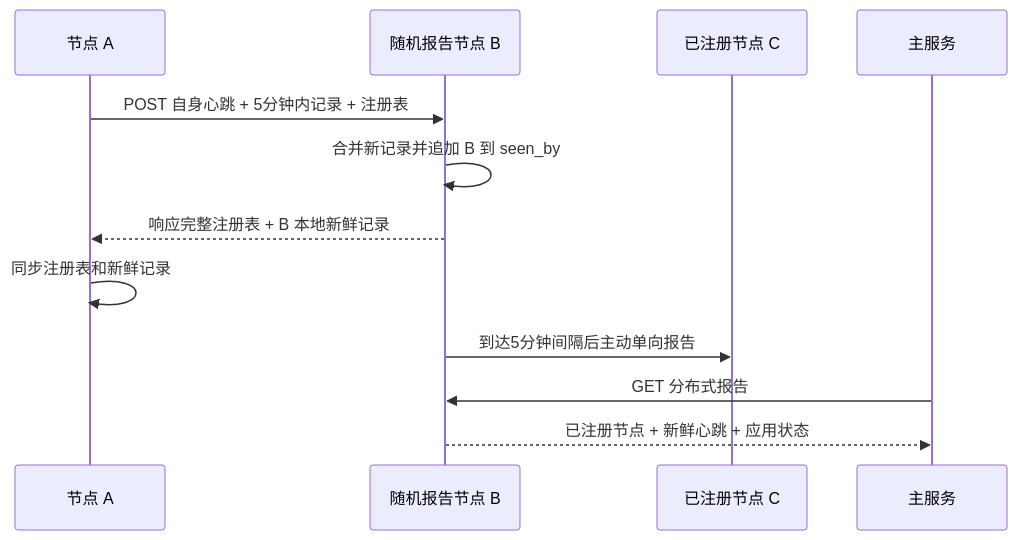
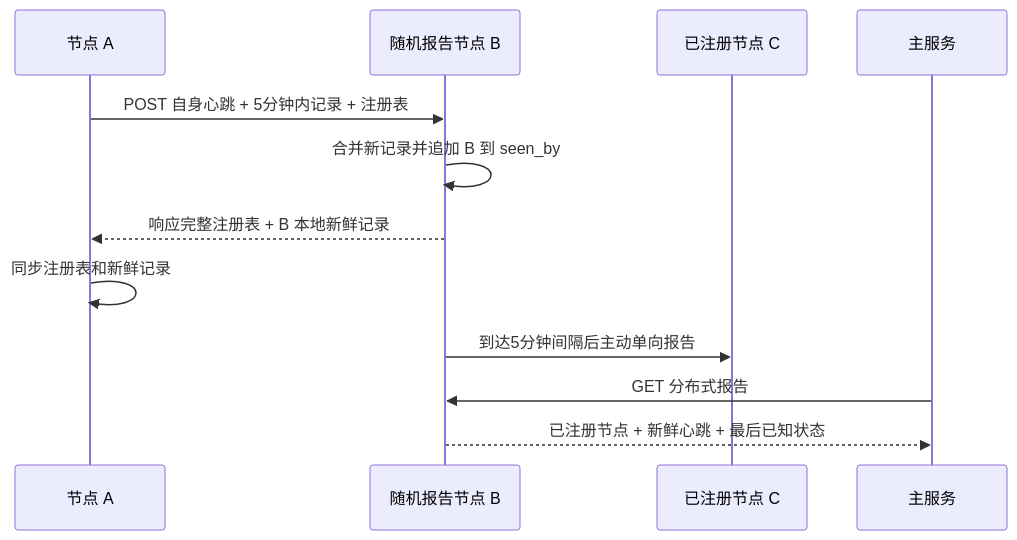
The diagram in docs/heartbeat-mesh-protocol.md (sunshaoxuan/servadmin), drawn with Mermaid before and after one commit. The commit also changed other lines of this file and 8 other files, not shown here.

````diff
--- a/docs/heartbeat-mesh-protocol.md
+++ b/docs/heartbeat-mesh-protocol.md
@@ -33,15 +35,15 @@
 ```mermaid
 sequenceDiagram
     participant A as 节点 A
     participant B as 随机报告节点 B
     participant C as 已注册节点 C
     participant M as 主服务
 
     A->>B: POST 自身心跳 + 5分钟内记录 + 注册表
     B->>B: 合并新记录并追加 B 到 seen_by
     B-->>A: 响应完整注册表 + B 本地新鲜记录
     A->>A: 同步注册表和新鲜记录
     B->>C: 到达5分钟间隔后主动单向报告
     M->>B: GET 分布式报告
-    B-->>M: 已注册节点 + 新鲜心跳 + 应用状态
+    B-->>M: 已注册节点 + 新鲜心跳 + 最后已知状态
 ```
````
